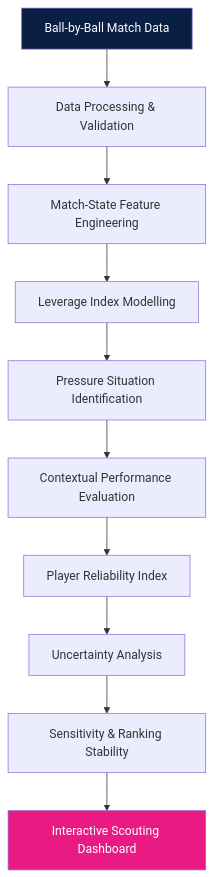
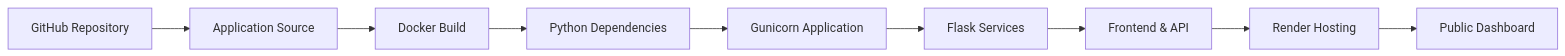
The second of 2 diagrams in README.md (yogitha-singh/PLAYBOOK-27), drawn with Mermaid before and after one commit. The commit also changed other lines of this file, not shown here.

````diff
--- a/README.md
+++ b/README.md
@@ -281,19 +796,12 @@
 ```mermaid
-flowchart TD
-    A["Ball-by-Ball Match Data"]
-    B["Data Processing & Validation"]
-    C["Match-State Feature Engineering"]
-    D["Leverage Index Modelling"]
-    E["Pressure Situation Identification"]
-    F["Contextual Performance Evaluation"]
-    G["Player Reliability Index"]
-    H["Uncertainty Analysis"]
-    I["Sensitivity & Ranking Stability"]
-    J["Interactive Scouting Dashboard"]
+flowchart LR
 
-    A --> B --> C --> D --> E
-    E --> F --> G --> H --> I --> J
-
-    style A fill:#0A1F44,color:#fff
-    style J fill:#EA1A85,color:#fff
+    A["GitHub Repository"] --> B["Application Source"]
+    B --> C["Docker Build"]
+    C --> D["Python Dependencies"]
+    D --> E["Gunicorn Application"]
+    E --> F["Flask Services"]
+    F --> G["Frontend & API"]
+    G --> H["Render Hosting"]
+    H --> I["Public Dashboard"]
 ```
````
